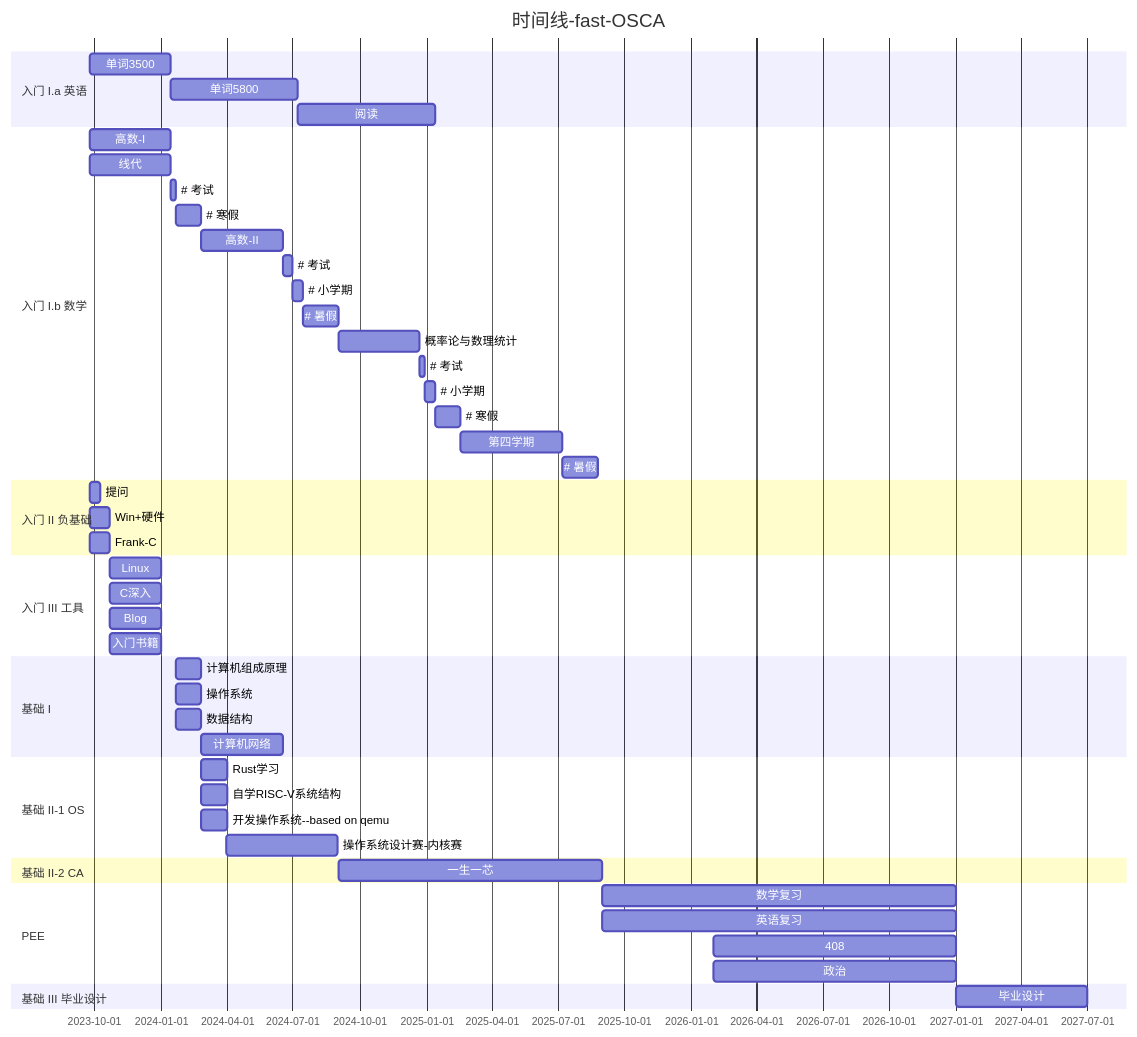
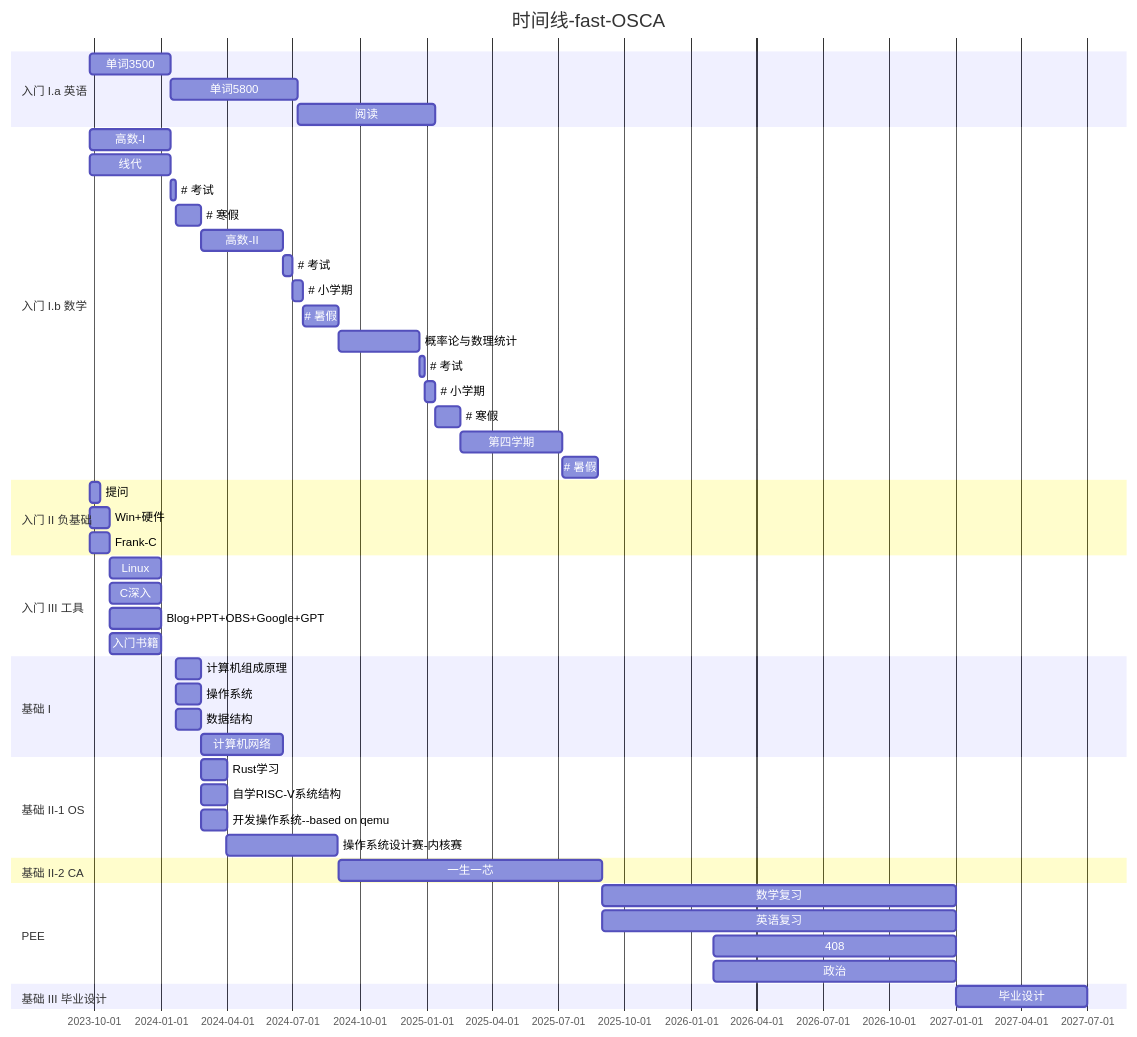
Before and after one commit to Haohahahaha/cs: the first of 3 diagrams in docs/greenhand/fertile/fertile.md, drawn with Mermaid. The commit also changed other lines of this file and 1 other file, not shown here.

````diff
--- a/docs/greenhand/fertile/fertile.md
+++ b/docs/greenhand/fertile/fertile.md
@@ -21,51 +21,51 @@
 ```mermaid
 gantt
     title 时间线-fast-OSCA
     section 入门 I.a 英语
     单词3500  : 2023-09-25, 16w
     单词5800  : 25w
     阅读		: 27w
     section 入门 I.b 数学
     高数-I	: 2023-09-25, 16w
     线代 		: 2023-09-25, 16w
 #   考试: 1w
 #   寒假: 5w
     高数-II	: 2024-02-26, 16w
 #   考试: 2w
 #   小学期: 2w
 #   暑假: 7w
     概率论与数理统计: 2024-09-02, 16w
 #   考试: 1w
 #   小学期: 2w
 #   寒假: 5w
     第四学期: 20w
 #   暑假: 7w
     section 入门 II 负基础
     提问	: 2023-09-25, 2w
     Win+硬件: 2023-09-25, 4w
     Frank-C	: 2023-09-25, 4w
     section 入门 III 工具
     Linux: 2023-10-23, 10w
     C深入: 2023-10-23, 10w
-    Blog: 2023-10-23, 10w
+    Blog+PPT+OBS+Google+GPT: 2023-10-23, 10w
     入门书籍: 2023-10-23, 10w
     section 基础 I 
    	计算机组成原理: 2024-01-22, 5w
    	操作系统: 2024-01-22, 5w
    	数据结构: 2024-01-22, 5w
     计算机网络: 2024-02-26, 16w
     section 基础 II-1 OS
     Rust学习: 2024-02-26, 5w
     自学RISC-V系统结构: 2024-02-26, 5w
     开发操作系统--based on qemu: 2024-02-26, 5w
     操作系统设计赛-内核赛: 2024-03-31, 22w
     section 基础 II-2 CA
     一生一芯: 2024-09-02, 364d
     section PEE
     数学复习: 2025-09-01, 16M
     英语复习: 2025-09-01, 16M
     408: 2026-02-01, 11M
     政治: 2026-02-01, 11M
     section 基础 III 毕业设计
     毕业设计: 2027-01-01,6M
 ```
````
